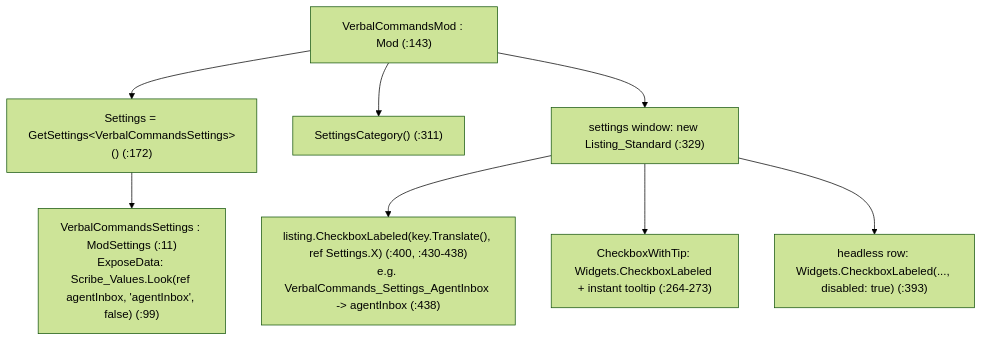
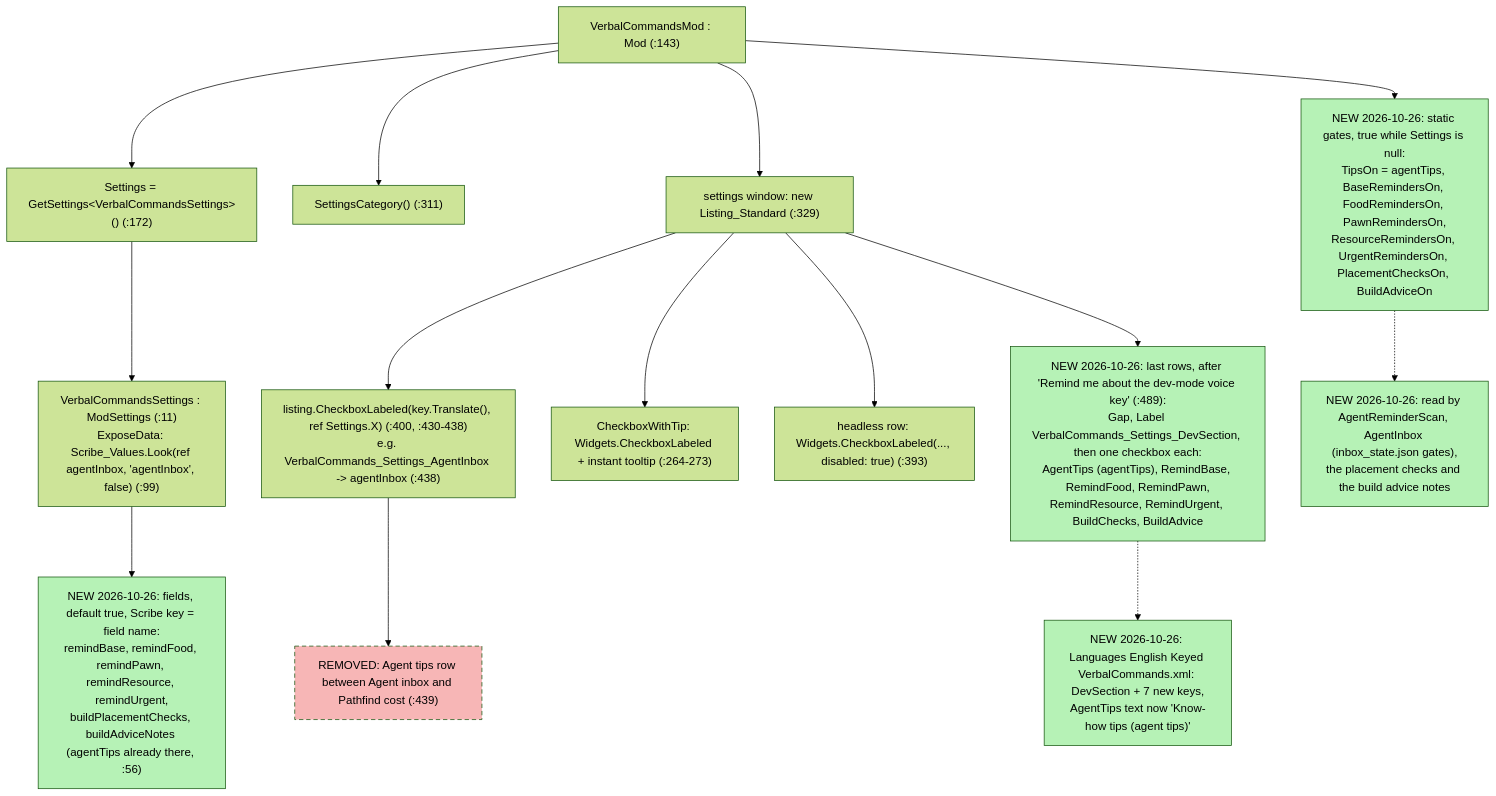
One commit to dongk99/VerbalCommandsCSharpSource changed the diagram in VerbalCommandsMod.cs.mmd. Above: the diagram before and after it, drawn with Mermaid (forest theme). The commit also changed 63 other files, not shown here.

First line of the commit message:
Add on/off gates for tips, reminders, placement checks and build advice

```diff
--- a/VerbalCommandsMod.cs.mmd
+++ b/VerbalCommandsMod.cs.mmd
@@ -1,9 +1,19 @@
 flowchart TD
     S["VerbalCommandsSettings : ModSettings (:11)<br/>ExposeData: Scribe_Values.Look(ref agentInbox, 'agentInbox', false) (:99)"]
     M["VerbalCommandsMod : Mod (:143)"] --> G["Settings = GetSettings&lt;VerbalCommandsSettings&gt;() (:172)"]
     G --> S
     M --> C["SettingsCategory() (:311)"]
     M --> D["settings window: new Listing_Standard (:329)"]
     D --> CB["listing.CheckboxLabeled(key.Translate(), ref Settings.X) (:400, :430-438)<br/>e.g. VerbalCommands_Settings_AgentInbox -> agentInbox (:438)"]
     D --> TIP["CheckboxWithTip: Widgets.CheckboxLabeled + instant tooltip (:264-273)"]
     D --> H["headless row: Widgets.CheckboxLabeled(..., disabled: true) (:393)"]
+    S --> NF["NEW 2026-10-26: fields, default true, Scribe key = field name:<br/>remindBase, remindFood, remindPawn, remindResource, remindUrgent,<br/>buildPlacementChecks, buildAdviceNotes (agentTips already there, :56)"]
+    M --> NG["NEW 2026-10-26: static gates, true while Settings is null:<br/>TipsOn = agentTips, BaseRemindersOn, FoodRemindersOn, PawnRemindersOn,<br/>ResourceRemindersOn, UrgentRemindersOn, PlacementChecksOn, BuildAdviceOn"]
+    NG -.-> US["NEW 2026-10-26: read by AgentReminderScan, AgentInbox (inbox_state.json gates),<br/>the placement checks and the build advice notes"]
+    CB --> OLD["REMOVED: Agent tips row between Agent inbox and Pathfind cost (:439)"]
+    D --> SEC["NEW 2026-10-26: last rows, after 'Remind me about the dev-mode voice key' (:489):<br/>Gap, Label VerbalCommands_Settings_DevSection, then one checkbox each:<br/>AgentTips (agentTips), RemindBase, RemindFood, RemindPawn,<br/>RemindResource, RemindUrgent, BuildChecks, BuildAdvice"]
+    SEC -.-> XML["NEW 2026-10-26: Languages English Keyed VerbalCommands.xml: DevSection + 7 new keys,<br/>AgentTips text now 'Know-how tips (agent tips)'"]
+    class NF,NG,US,SEC,XML new
+    class OLD removed
+    classDef new fill:#b6f2b6
+    classDef removed fill:#f7b6b6,stroke-dasharray:6 4
```
